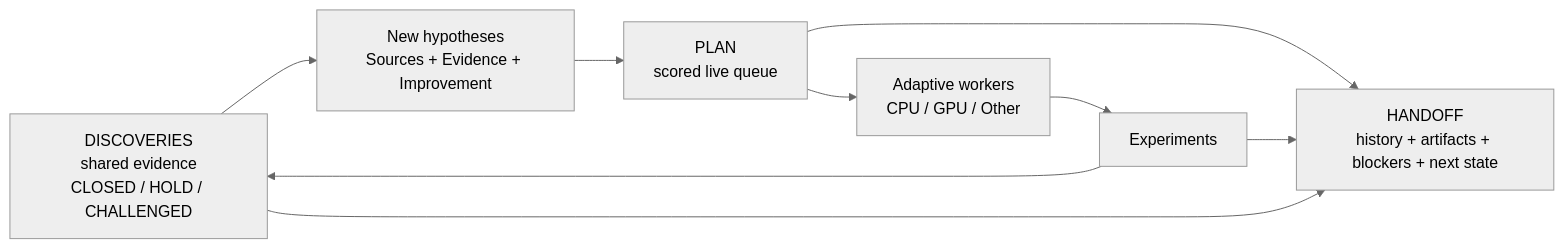
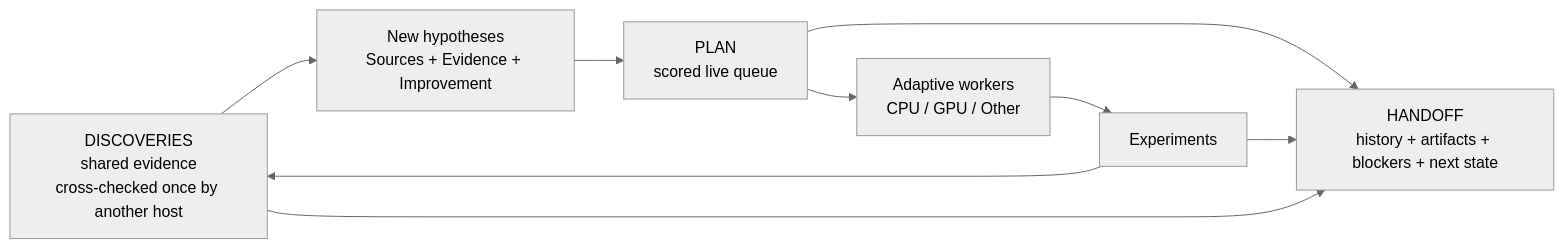
One commit to TaeyanG4/research-orchestrator-skill changed the first of 3 diagrams in README.md. Above: the diagram before and after it, drawn with Mermaid (neutral theme). The commit also changed other lines of this file and 14 other files, not shown here.

````diff
--- a/README.md
+++ b/README.md
@@ -24,14 +25,14 @@
 ```mermaid
 flowchart LR
-    D[DISCOVERIES<br/>shared evidence<br/>CLOSED / HOLD / CHALLENGED]
+    D[DISCOVERIES<br/>shared evidence<br/>cross-checked once by another host]
     H[New hypotheses<br/>Sources + Evidence + Improvement]
     P[PLAN<br/>scored live queue]
     W[Adaptive workers<br/>CPU / GPU / Other]
     E[Experiments]
     O[HANDOFF<br/>history + artifacts + blockers + next state]
 
     D --> H --> P --> W --> E --> D
     P --> O
     E --> O
     D --> O
 ```
````
